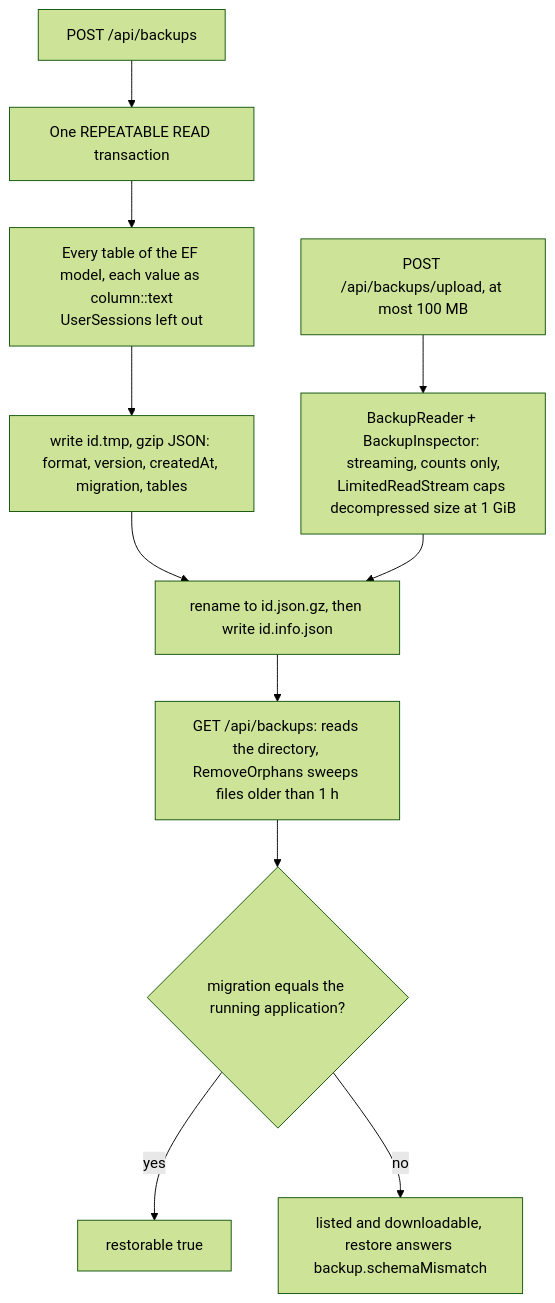
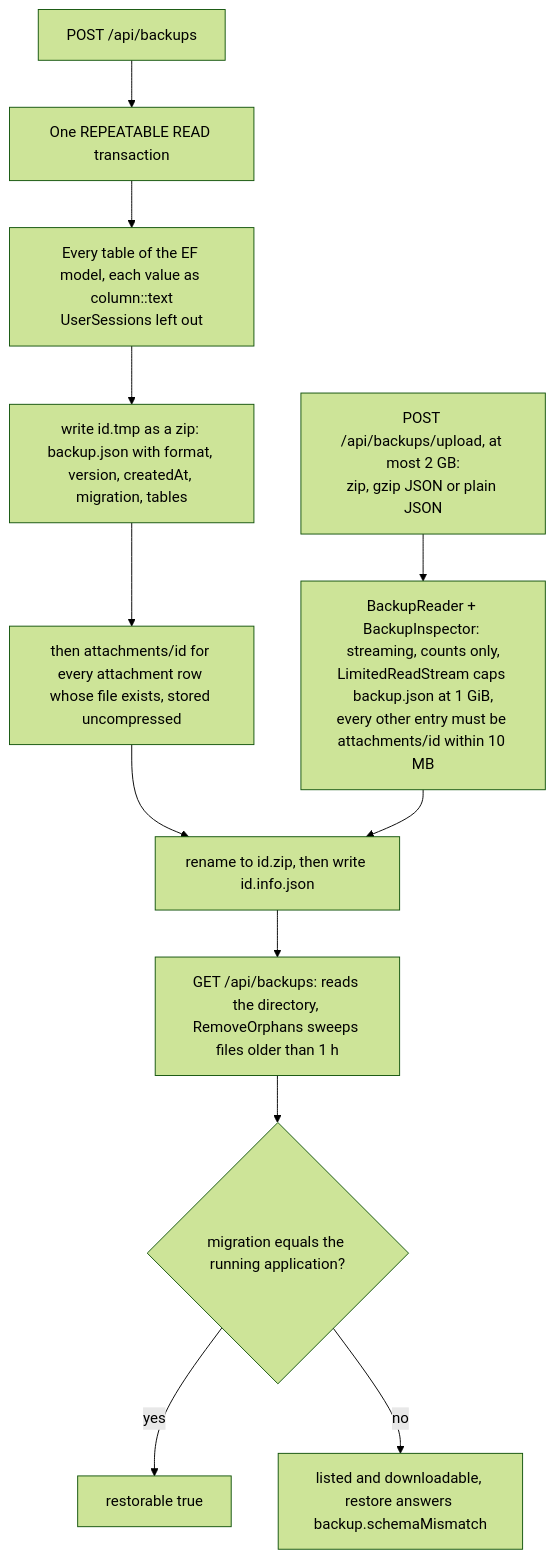
One commit to Justxs/Jx-Finance changed the first of 2 diagrams in docs/features/22. Backup and restore.md. Above: the diagram before and after it, drawn with Mermaid (forest theme). The commit also changed other lines of this file and 133 other files, not shown here.

````diff
--- a/docs/features/22. Backup and restore.md
+++ b/docs/features/22. Backup and restore.md
@@ -9,13 +11,14 @@
 ```mermaid
 flowchart TD
     Take["POST /api/backups"] --> Snap["One REPEATABLE READ transaction"]
     Snap --> Tables["Every table of the EF model, each value as column::text<br/>UserSessions left out"]
-    Tables --> Tmp["write id.tmp, gzip JSON: format, version, createdAt, migration, tables"]
-    Tmp --> Rename["rename to id.json.gz, then write id.info.json"]
-    Upload["POST /api/backups/upload, at most 100 MB"] --> Inspect["BackupReader + BackupInspector: streaming, counts only,<br/>LimitedReadStream caps decompressed size at 1 GiB"]
+    Tables --> Tmp["write id.tmp as a zip: backup.json with format, version, createdAt, migration, tables"]
+    Tmp --> Files["then attachments/id for every attachment row whose file exists, stored uncompressed"]
+    Files --> Rename["rename to id.zip, then write id.info.json"]
+    Upload["POST /api/backups/upload, at most 2 GB:<br/>zip, gzip JSON or plain JSON"] --> Inspect["BackupReader + BackupInspector: streaming, counts only,<br/>LimitedReadStream caps backup.json at 1 GiB,<br/>every other entry must be attachments/id within 10 MB"]
     Inspect --> Rename
     Rename --> List["GET /api/backups: reads the directory, RemoveOrphans sweeps files older than 1 h"]
     List --> Flag{"migration equals the running application?"}
     Flag -->|"yes"| Restorable["restorable true"]
     Flag -->|"no"| NotRestorable["listed and downloadable, restore answers backup.schemaMismatch"]
 ```
````
